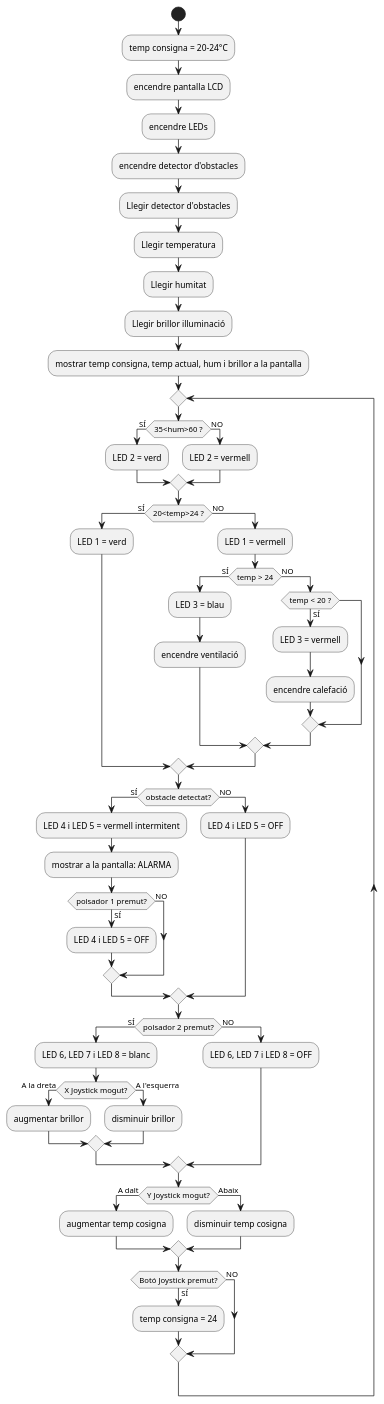
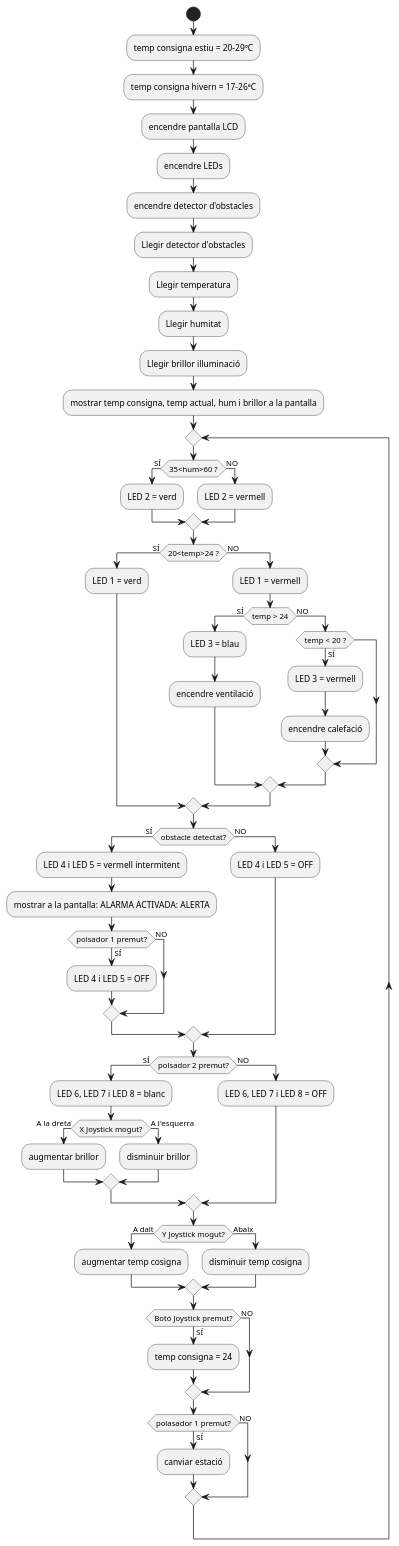
One commit to alex-touza/casa-domotica changed the diagram in diagrams/flux.puml. Above: the diagram before and after it, drawn with PlantUML.

```diff
--- a/diagrams/flux.puml
+++ b/diagrams/flux.puml
@@ -1,62 +1,67 @@
 @startuml
 Start;
-:temp consigna = 20-24°C;
+:temp consigna estiu = 20-29ºC;
+:temp consigna hivern = 17-26ªC;
 :encendre pantalla LCD;
 :encendre LEDs;
 :encendre detector d'obstacles;
 :Llegir detector d'obstacles;
 :Llegir temperatura;
 :Llegir humitat;
 :Llegir brillor illuminació;
 :mostrar temp consigna, temp actual, hum i brillor a la pantalla;
 repeat
 if (35<hum>60 ?) then (SÍ)
  :LED 2 = verd;
  else (NO)
  :LED 2 = vermell;
 endif
 if (20<temp>24 ?) then (SÍ)
  :LED 1 = verd;
  else (NO)
  :LED 1 = vermell;
 if (temp > 24) then (SÍ)
   :LED 3 = blau;
   :encendre ventilació;
   else (NO)
    if (temp < 20 ?) then (SÍ)
    :LED 3 = vermell;
    :encendre calefació;
 endif
 endif
 endif
 if (obstacle detectat?) then (SÍ)
  :LED 4 i LED 5 = vermell intermitent;
- :mostrar a la pantalla: ALARMA;
+ :mostrar a la pantalla: ALARMA ACTIVADA: ALERTA;
  if (polsador 1 premut?) then (SÍ)
   :LED 4 i LED 5 = OFF;
   else (NO)
  endif
  else (NO)
  :LED 4 i LED 5 = OFF;
 endif
 if (polsador 2 premut?) then (SÍ)
  :LED 6, LED 7 i LED 8 = blanc;
   if (X Joystick mogut?) then (A la dreta)
   :augmentar brillor;
   else (A l'esquerra)
   :disminuir brillor;
   endif
  else (NO)
  :LED 6, LED 7 i LED 8 = OFF;
 endif
 if (Y Joystick mogut?) then (A dalt)
  :augmentar temp cosigna;
 else (Abaix)
  :disminuir temp cosigna;
 endif
 if (Botó Joystick premut?) then (SÍ)
  :temp consigna = 24;
 else (NO)
 endif
+if (polasador 1 premut?) then (SÍ)
+ :canviar estació;
+else (NO)
+endif
 
 @enduml
```
